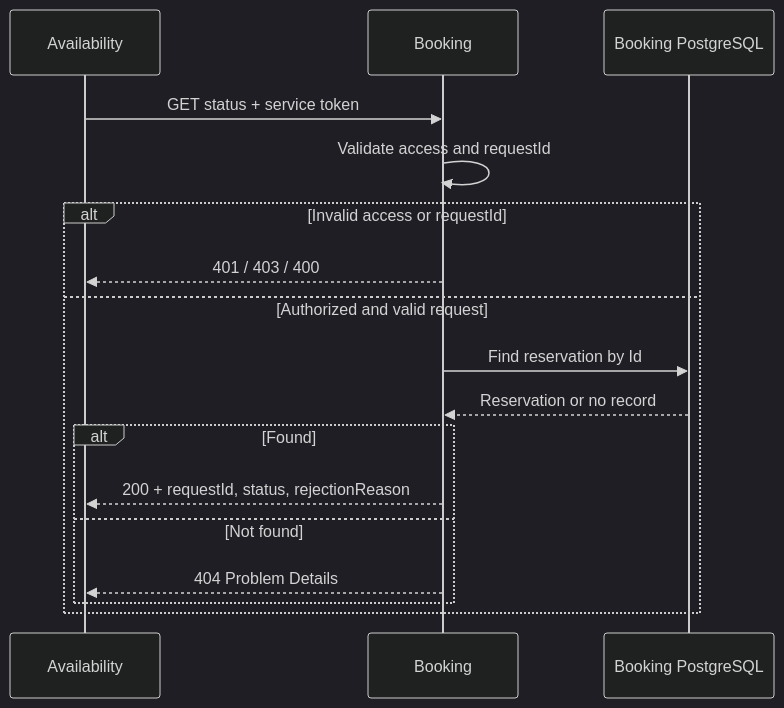
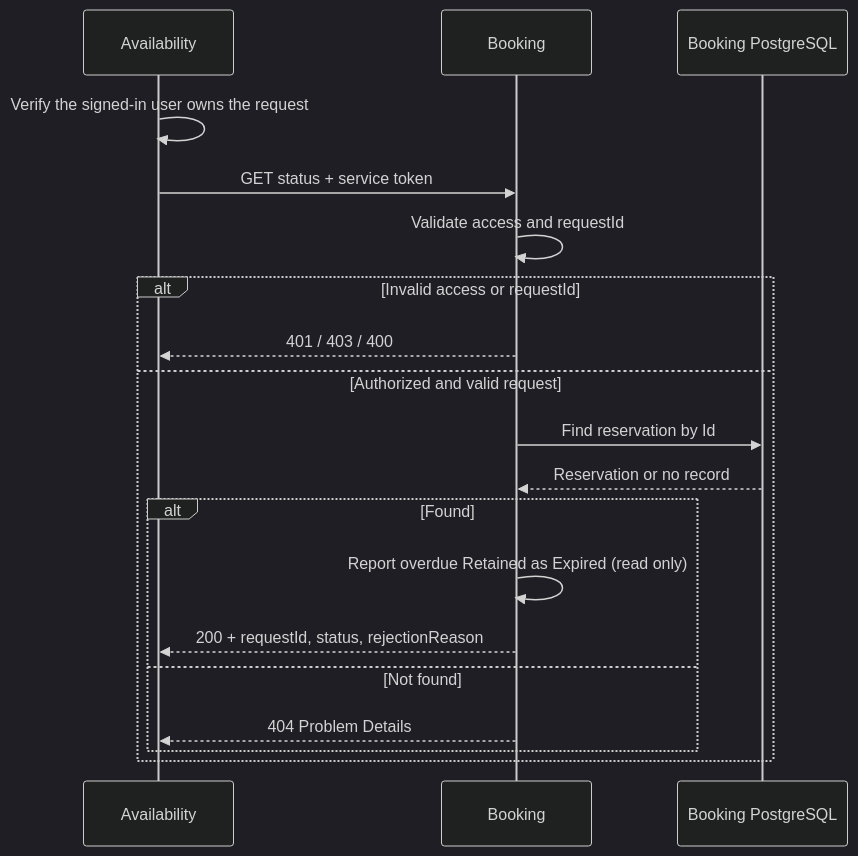
The diagram in docs/contracts/reservation-status.md (UTN-Progra-IV-grupo-4/tp-final-progra-iv), drawn with Mermaid (dark theme) before and after one commit. The commit also changed other lines of this file and 1 other file, not shown here.

````diff
--- a/docs/contracts/reservation-status.md
+++ b/docs/contracts/reservation-status.md
@@ -55,19 +56,21 @@
 ```mermaid
 sequenceDiagram
     participant A as Availability
     participant B as Booking
     participant DB as Booking PostgreSQL
+    A->>A: Verify the signed-in user owns the request
     A->>B: GET status + service token
     B->>B: Validate access and requestId
     alt Invalid access or requestId
         B-->>A: 401 / 403 / 400
     else Authorized and valid request
         B->>DB: Find reservation by Id
         DB-->>B: Reservation or no record
         alt Found
+            B->>B: Report overdue Retained as Expired (read only)
             B-->>A: 200 + requestId, status, rejectionReason
         else Not found
             B-->>A: 404 Problem Details
         end
     end
 ```
````
